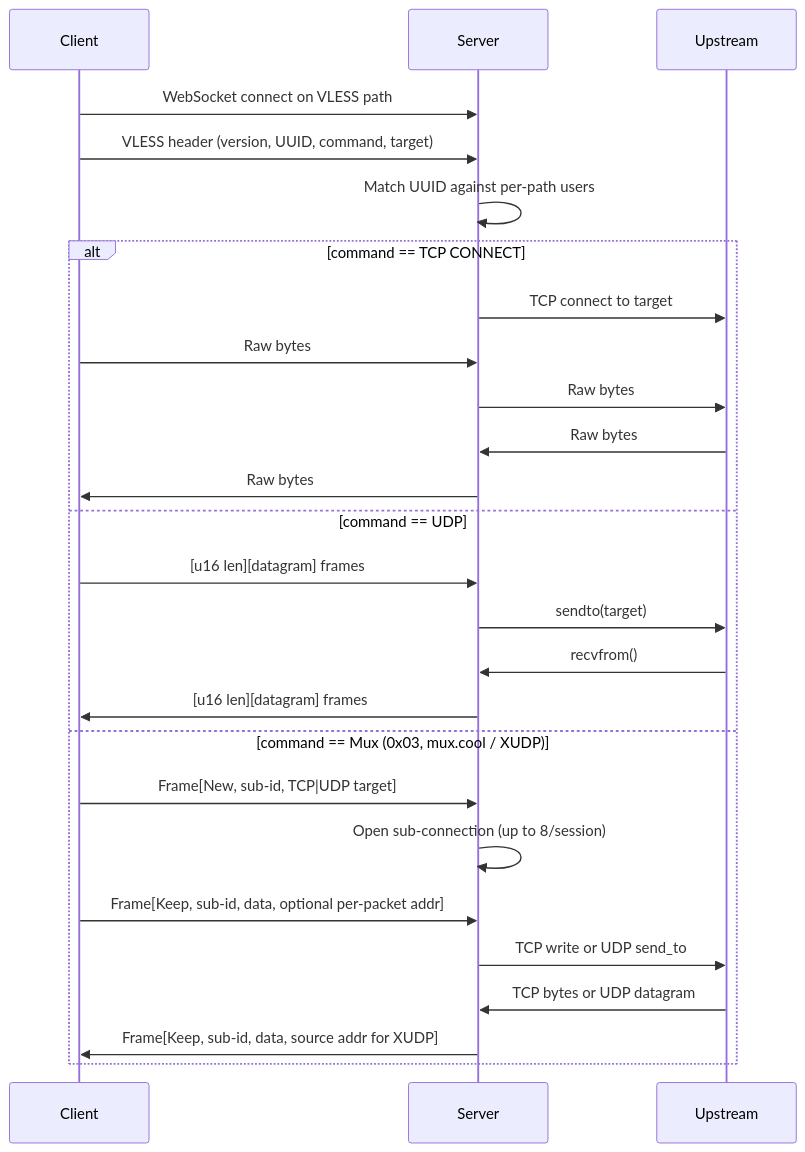
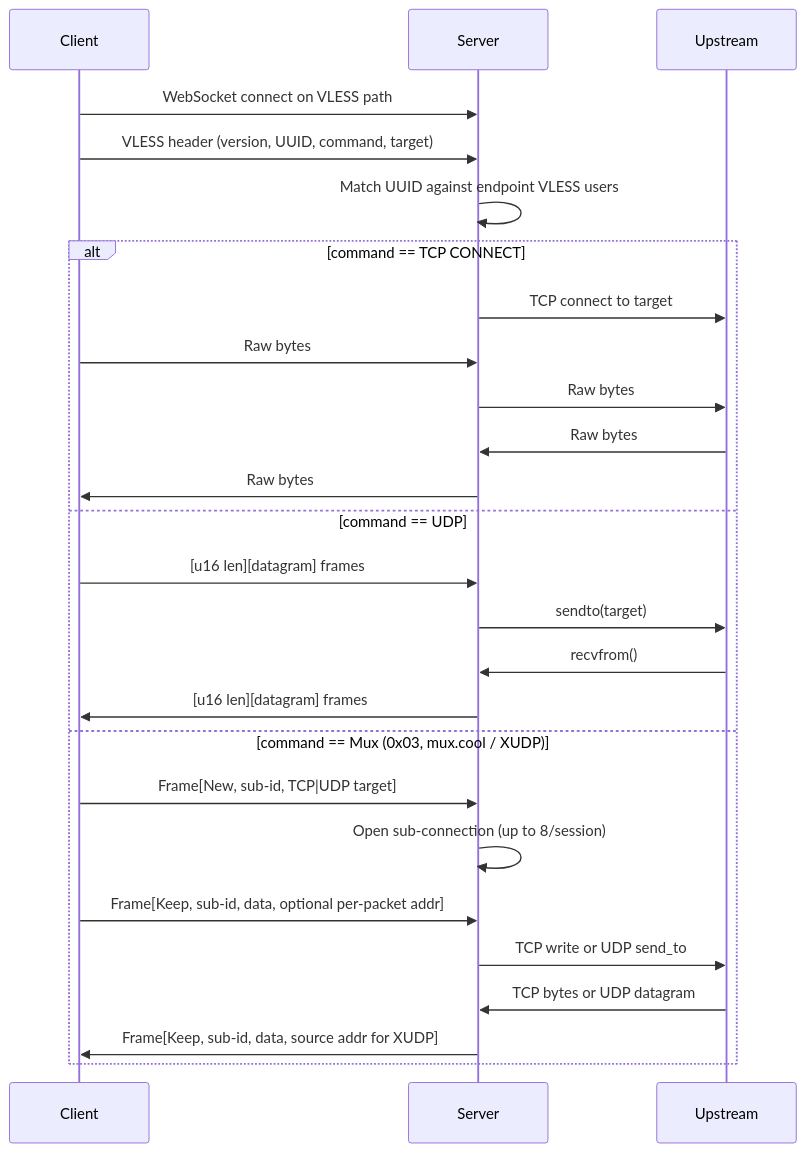
One commit to balookrd/outline-proxy changed the fourth of 4 diagrams in bins/outline-ss-rust/docs/ARCHITECTURE.md. Above: the diagram before and after it, drawn with Mermaid. The commit also changed other lines of this file and 61 other files, not shown here.

````diff
--- a/bins/outline-ss-rust/docs/ARCHITECTURE.md
+++ b/bins/outline-ss-rust/docs/ARCHITECTURE.md
@@ -210,29 +235,29 @@
 ```mermaid
 sequenceDiagram
     participant C as Client
     participant S as Server
     participant U as Upstream
 
     C->>S: WebSocket connect on VLESS path
     C->>S: VLESS header (version, UUID, command, target)
-    S->>S: Match UUID against per-path users
+    S->>S: Match UUID against endpoint VLESS users
     alt command == TCP CONNECT
         S->>U: TCP connect to target
         C->>S: Raw bytes
         S->>U: Raw bytes
         U->>S: Raw bytes
         S->>C: Raw bytes
     else command == UDP
         C->>S: [u16 len][datagram] frames
         S->>U: sendto(target)
         U->>S: recvfrom()
         S->>C: [u16 len][datagram] frames
     else command == Mux (0x03, mux.cool / XUDP)
         C->>S: Frame[New, sub-id, TCP|UDP target]
         S->>S: Open sub-connection (up to 8/session)
         C->>S: Frame[Keep, sub-id, data, optional per-packet addr]
         S->>U: TCP write or UDP send_to
         U->>S: TCP bytes or UDP datagram
         S->>C: Frame[Keep, sub-id, data, source addr for XUDP]
     end
 ```
````
